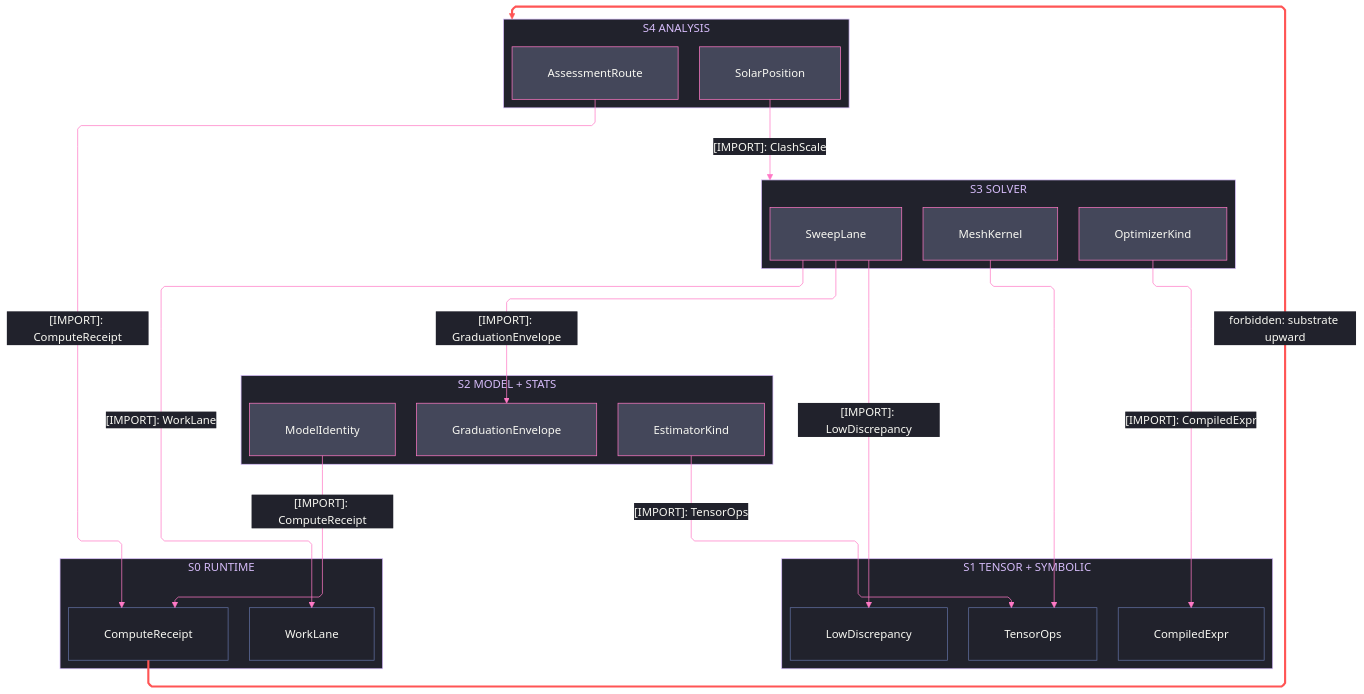
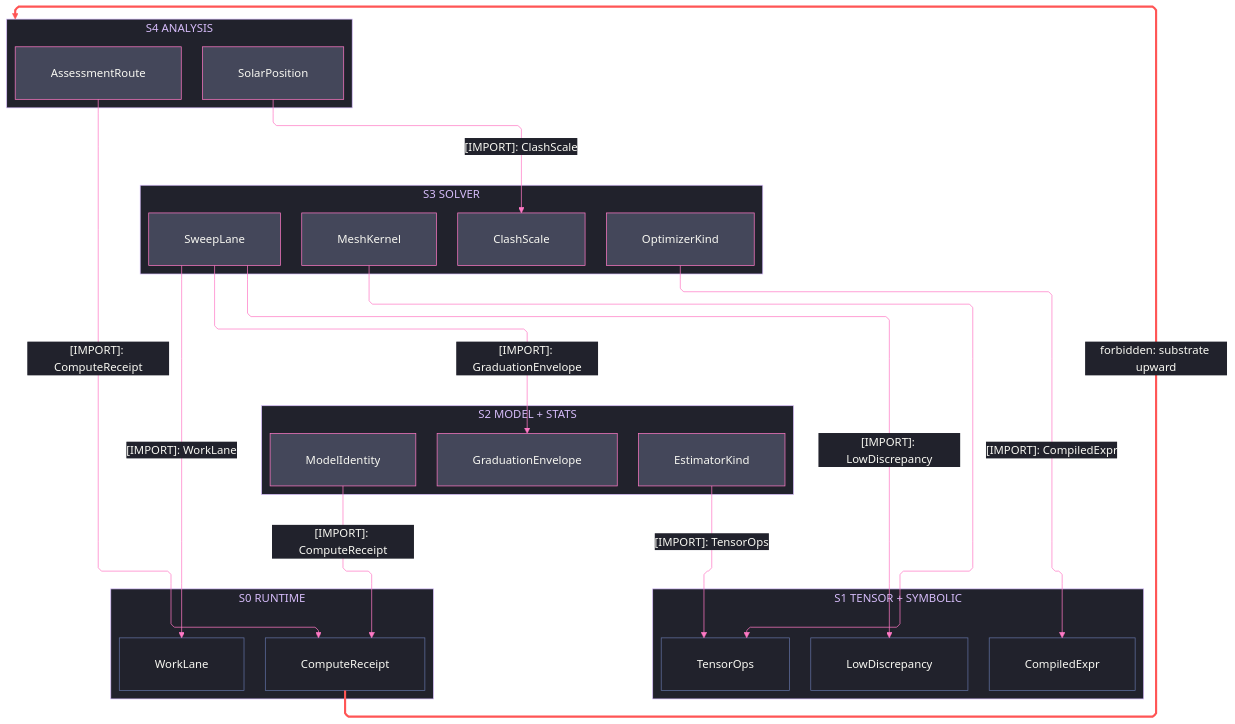
Before and after one commit to bsamiee/Rasm: the first of 4 diagrams in libs/csharp/Rasm.Compute/ARCHITECTURE.md, drawn with Mermaid. The commit also changed other lines of this file and 9 other files, not shown here.

Commit message:
architecture: CR finding fixes

````diff
--- a/libs/csharp/Rasm.Compute/ARCHITECTURE.md
+++ b/libs/csharp/Rasm.Compute/ARCHITECTURE.md
@@ -76,72 +76,73 @@
 ```mermaid
 ---
 config:
   theme: base
   look: classic
   layout: elk
   flowchart:
     curve: linear
     padding: 25
   themeVariables:
     darkMode: true
     fontFamily: "SF Mono, Menlo, Cascadia Mono, Segoe UI Mono, Consolas, monospace"
     useGradient: false
     dropShadow: "none"
     background: "#282A36"
     primaryColor: "#44475A"
     primaryTextColor: "#F8F8F2"
     primaryBorderColor: "#BD93F9"
     lineColor: "#FF79C6"
     textColor: "#F8F8F2"
     clusterBkg: "#21222C"
     clusterBorder: "#D6BCFA"
     edgeLabelBackground: "#21222C"
     labelBackgroundColor: "#21222C"
     titleColor: "#D6BCFA"
   themeCSS: ".nodeLabel{font-size:13px;font-weight:500}.edgeLabel{font-size:12px;font-weight:500}.cluster-label .nodeLabel{font-size:13.5px;font-weight:700;letter-spacing:.08em}.edge-thickness-normal{stroke-width:2px}.edge-thickness-thick{stroke-width:3px}.edge-pattern-dashed,.edge-pattern-dotted{stroke-width:1.5px;stroke-dasharray:4 6}.node rect,.node circle,.node polygon,.node path,.node .outer-path{stroke-width:1.5px;filter:none!important}.cluster rect{stroke-width:1px!important;stroke-dasharray:5 4!important;filter:none!important}.marker path{transform:scale(.8);transform-origin:5px 5px}.marker circle{transform:scale(.48);transform-origin:5px 5px}.edgeLabel rect{transform-box:fill-box;transform-origin:center;transform:scale(1.1,1.2)}"
 ---
 flowchart TB
     accTitle: Rasm.Compute interior strata
     accDescr: Five stacked strata from the analysis rail through the solve spine, the model and stats tier, and the tensor-symbolic peers onto the runtime substrate, every consumption edge downward and solid naming one sourced type, and one forbidden upward edge styled red.
     subgraph L4["S4 ANALYSIS"]
         Assessment[AssessmentRoute]
         Daylight[SolarPosition]
     end
     subgraph L3["S3 SOLVER"]
         Sweep[SweepLane]
         Mesh[MeshKernel]
         Optimizer[OptimizerKind]
+        Clash[ClashScale]
     end
     subgraph L2["S2 MODEL + STATS"]
         Envelope[GraduationEnvelope]
         Identity[ModelIdentity]
         Estimator[EstimatorKind]
     end
     subgraph L1["S1 TENSOR + SYMBOLIC"]
         Sampling[LowDiscrepancy]
         Ops[TensorOps]
         Compiled[CompiledExpr]
     end
     subgraph L0["S0 RUNTIME"]
         Receipt[ComputeReceipt]
         Lane[WorkLane]
     end
     Assessment e1@-->|"[IMPORT]: ComputeReceipt"| Receipt
-    Daylight e2@-->|"[IMPORT]: ClashScale"| L3
+    Daylight e2@-->|"[IMPORT]: ClashScale"| Clash
     Sweep e3@-->|"[IMPORT]: GraduationEnvelope"| Envelope
     Optimizer e4@-->|"[IMPORT]: CompiledExpr"| Compiled
     Sweep e5@-->|"[IMPORT]: LowDiscrepancy"| Sampling
     Estimator e6@-->|"[IMPORT]: TensorOps"| Ops
     Identity e7@-->|"[IMPORT]: ComputeReceipt"| Receipt
     Mesh e8@--> Ops
     Sweep e9@-->|"[IMPORT]: WorkLane"| Lane
     Receipt f1@-->|"forbidden: substrate upward"| L4
     classDef primary fill:#44475A,stroke:#FF79C6,color:#F8F8F2
     classDef recessed fill:#21222C,stroke:#6272A4,color:#F8F8F2
     classDef edgeControl stroke:#FF79C6,color:#F8F8F2
     classDef edgeError stroke:#FF5555,stroke-width:3px,color:#F8F8F2
-    class Assessment,Daylight,Mesh,Optimizer,Sweep,Identity,Envelope,Estimator primary
+    class Assessment,Daylight,Mesh,Optimizer,Sweep,Clash,Identity,Envelope,Estimator primary
     class Ops,Sampling,Compiled,Receipt,Lane recessed
     class e1,e2,e3,e4,e5,e6,e7,e8,e9 edgeControl
     class f1 edgeError
 ```
````
